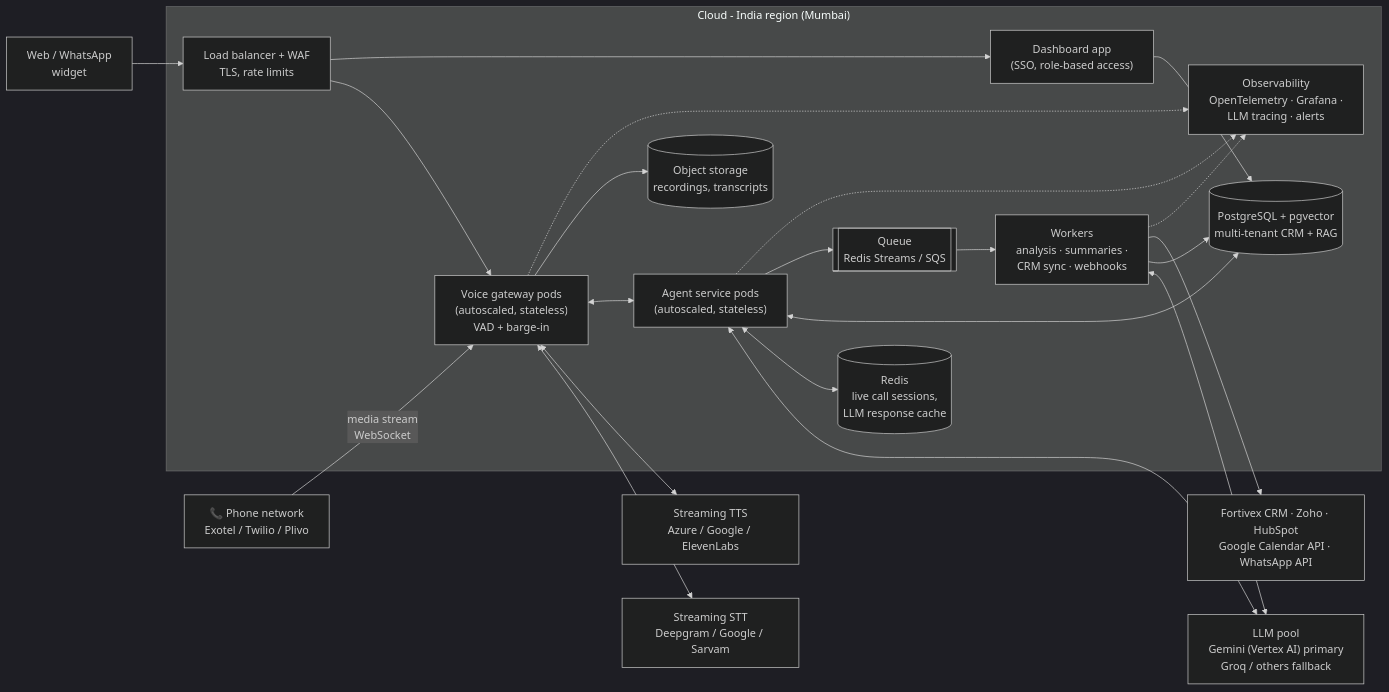
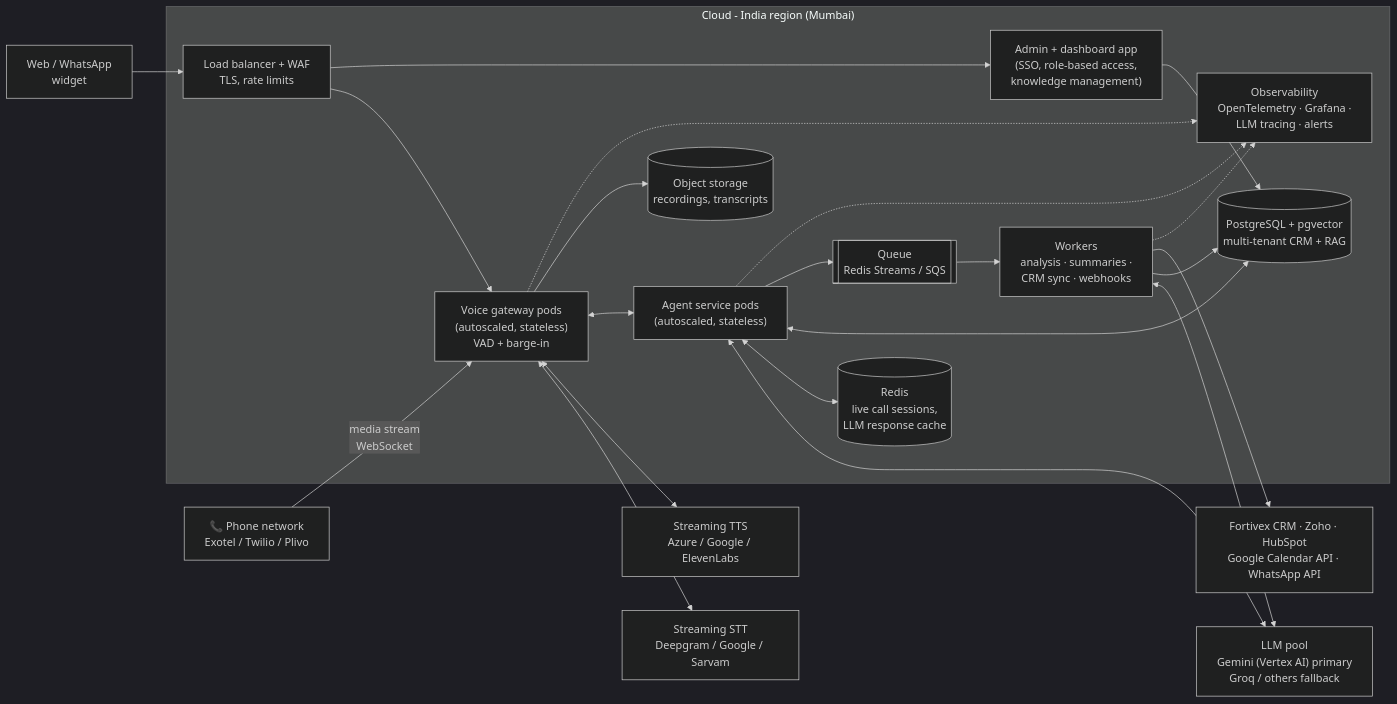
One commit to Nihar335/aria-voice-agent changed the third of 3 diagrams in docs/ARCHITECTURE.md. Above: the diagram before and after it, drawn with Mermaid (dark theme). The commit also changed other lines of this file and 17 other files, not shown here.

Commit message:
Admin page, customer portal, internal knowledge base

````diff
--- a/docs/ARCHITECTURE.md
+++ b/docs/ARCHITECTURE.md
@@ -107,42 +114,42 @@
 ```mermaid
 flowchart LR
     PSTN["📞 Phone network<br/>Exotel / Twilio / Plivo"] -->|media stream<br/>WebSocket| GW
     WEB["Web / WhatsApp<br/>widget"] --> LB
 
     subgraph Cloud["Cloud - India region (Mumbai)"]
         LB["Load balancer + WAF<br/>TLS, rate limits"]
         GW["Voice gateway pods<br/>(autoscaled, stateless)<br/>VAD + barge-in"]
         AG["Agent service pods<br/>(autoscaled, stateless)"]
         Q[["Queue<br/>Redis Streams / SQS"]]
         WK["Workers<br/>analysis · summaries ·<br/>CRM sync · webhooks"]
         REDIS[("Redis<br/>live call sessions,<br/>LLM response cache")]
         PG[("PostgreSQL + pgvector<br/>multi-tenant CRM + RAG")]
         OBJ[("Object storage<br/>recordings, transcripts")]
-        DASH["Dashboard app<br/>(SSO, role-based access)"]
+        DASH["Admin + dashboard app<br/>(SSO, role-based access,<br/>knowledge management)"]
         OBS["Observability<br/>OpenTelemetry · Grafana ·<br/>LLM tracing · alerts"]
     end
 
     STT["Streaming STT<br/>Deepgram / Google / Sarvam"]
     LLMS["LLM pool<br/>Gemini (Vertex AI) primary<br/>Groq / others fallback"]
     TTSP["Streaming TTS<br/>Azure / Google / ElevenLabs"]
     EXT["Fortivex CRM · Zoho · HubSpot<br/>Google Calendar API · WhatsApp API"]
 
     LB --> GW
     LB --> DASH
     GW <--> STT
     GW <--> TTSP
     GW <--> AG
     AG <--> LLMS
     AG <--> REDIS
     AG <--> PG
     AG --> Q
     Q --> WK
     WK <--> LLMS
     WK --> PG
     WK --> EXT
     GW --> OBJ
     DASH --> PG
     AG -.-> OBS
     GW -.-> OBS
     WK -.-> OBS
 ```
````
